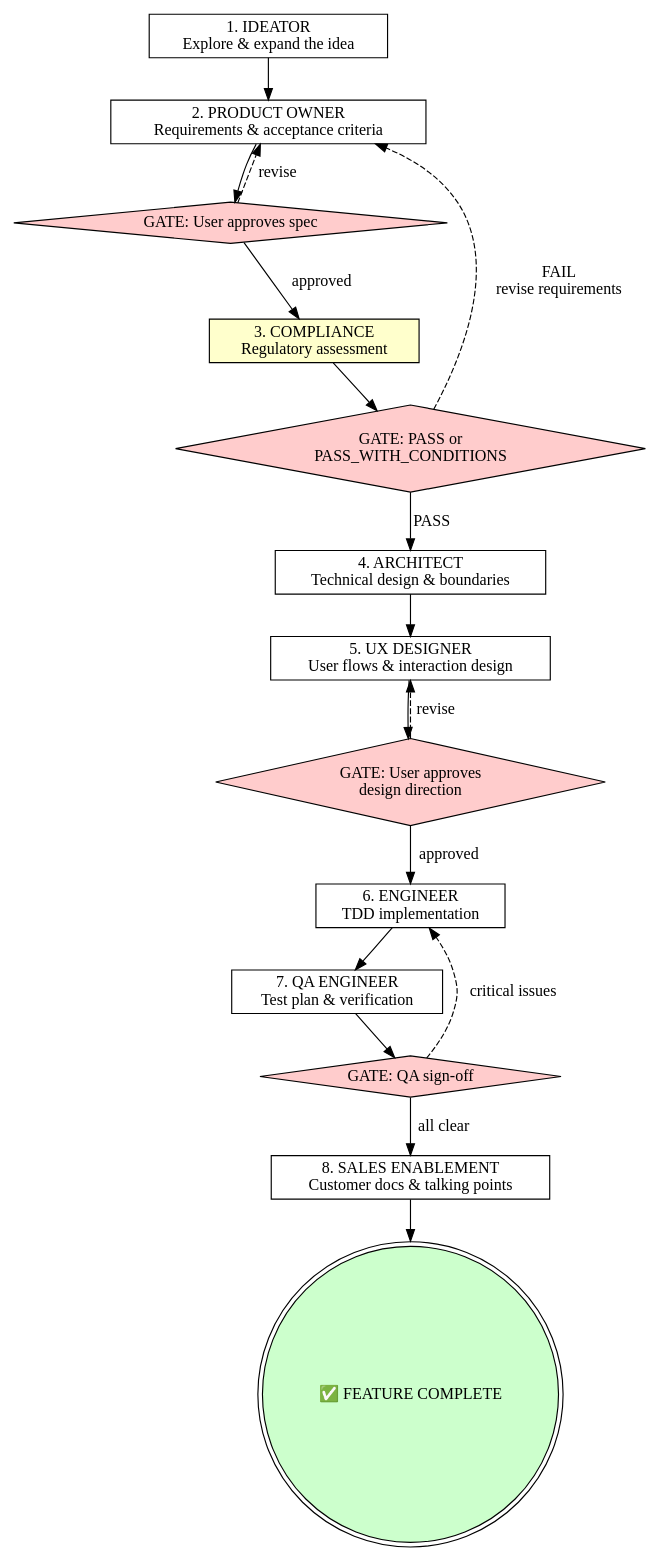
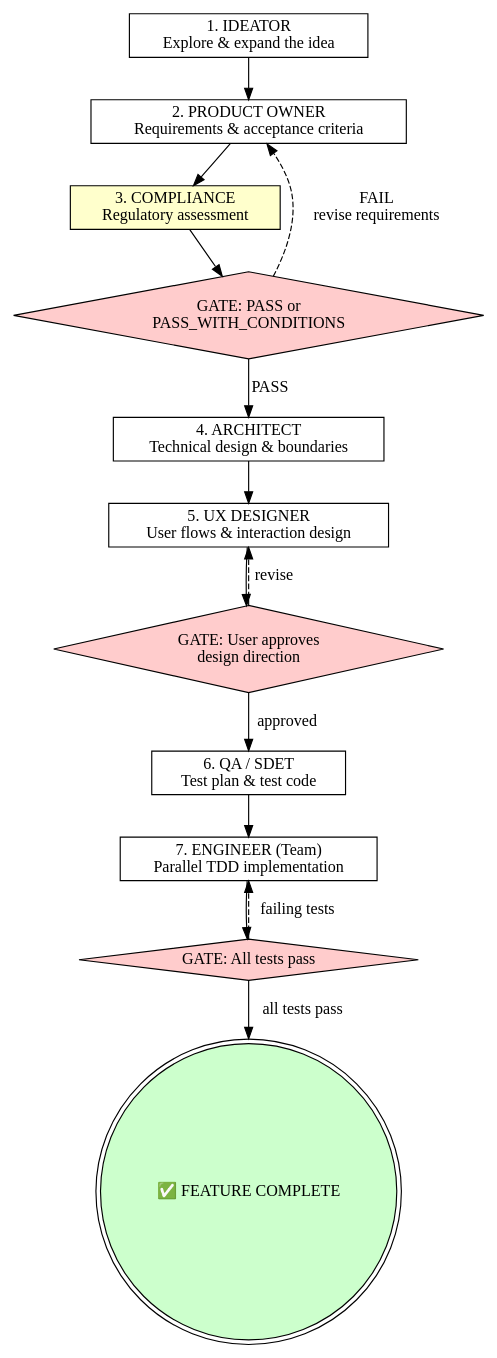
Before and after one commit to jknack0/sdlc-pipeline: the diagram in skills/orchestrator/SKILL.md, drawn with Graphviz. The commit also changed other lines of this file and 9 other files, not shown here.

````diff
--- a/skills/orchestrator/SKILL.md
+++ b/skills/orchestrator/SKILL.md
@@ -16,37 +16,32 @@
 ```dot
 digraph pipeline {
     rankdir=TB;
     node [shape=box];
 
     ideator [label="1. IDEATOR\nExplore & expand the idea"];
     po [label="2. PRODUCT OWNER\nRequirements & acceptance criteria"];
-    gate_spec [label="GATE: User approves spec" shape=diamond style=filled fillcolor="#ffcccc"];
     compliance [label="3. COMPLIANCE\nRegulatory assessment" style=filled fillcolor="#ffffcc"];
     gate_compliance [label="GATE: PASS or\nPASS_WITH_CONDITIONS" shape=diamond style=filled fillcolor="#ffcccc"];
     architect [label="4. ARCHITECT\nTechnical design & boundaries"];
     ux [label="5. UX DESIGNER\nUser flows & interaction design"];
     gate_design [label="GATE: User approves\ndesign direction" shape=diamond style=filled fillcolor="#ffcccc"];
-    engineer [label="6. ENGINEER\nTDD implementation"];
-    qa [label="7. QA ENGINEER\nTest plan & verification"];
-    gate_qa [label="GATE: QA sign-off" shape=diamond style=filled fillcolor="#ffcccc"];
-    sales [label="8. SALES ENABLEMENT\nCustomer docs & talking points"];
+    qa [label="6. QA / SDET\nTest plan & test code"];
+    engineer [label="7. ENGINEER (Team)\nParallel TDD implementation"];
+    gate_verify [label="GATE: All tests pass" shape=diamond style=filled fillcolor="#ffcccc"];
     done [label="✅ FEATURE COMPLETE" shape=doublecircle style=filled fillcolor="#ccffcc"];
 
     ideator -> po;
-    po -> gate_spec;
-    gate_spec -> compliance [label="approved"];
-    gate_spec -> po [label="revise" style=dashed];
+    po -> compliance;
     compliance -> gate_compliance;
     gate_compliance -> architect [label="PASS"];
     gate_compliance -> po [label="FAIL\nrevise requirements" style=dashed];
     architect -> ux;
     ux -> gate_design;
-    gate_design -> engineer [label="approved"];
+    gate_design -> qa [label="approved"];
     gate_design -> ux [label="revise" style=dashed];
-    engineer -> qa;
-    qa -> gate_qa;
-    gate_qa -> sales [label="all clear"];
-    gate_qa -> engineer [label="critical issues" style=dashed];
-    sales -> done;
+    qa -> engineer;
+    engineer -> gate_verify;
+    gate_verify -> done [label="all tests pass"];
+    gate_verify -> engineer [label="failing tests" style=dashed];
 }
 ```
````
